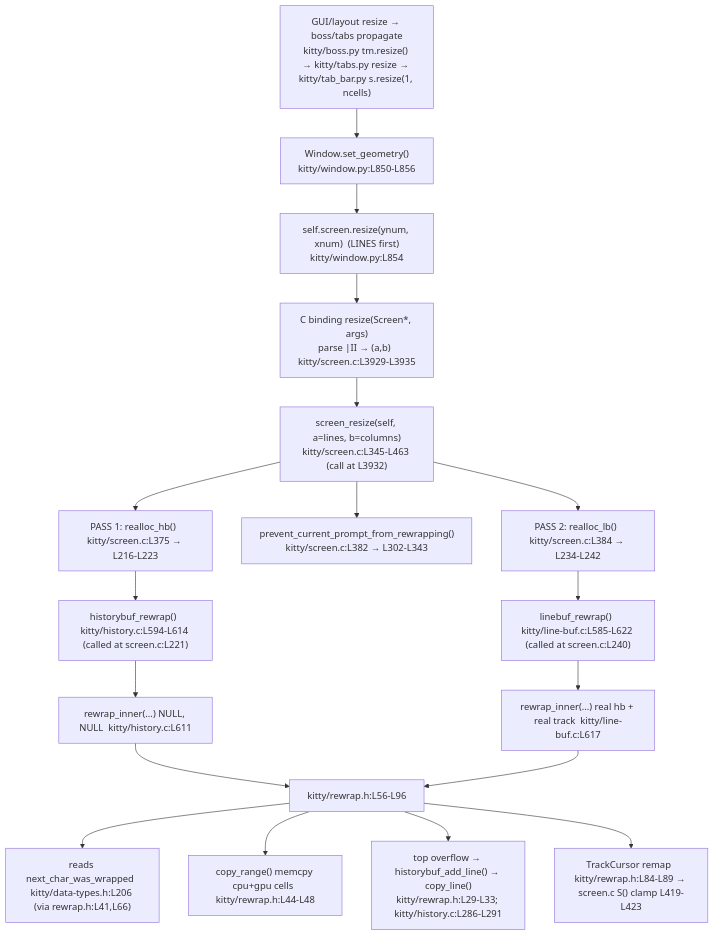
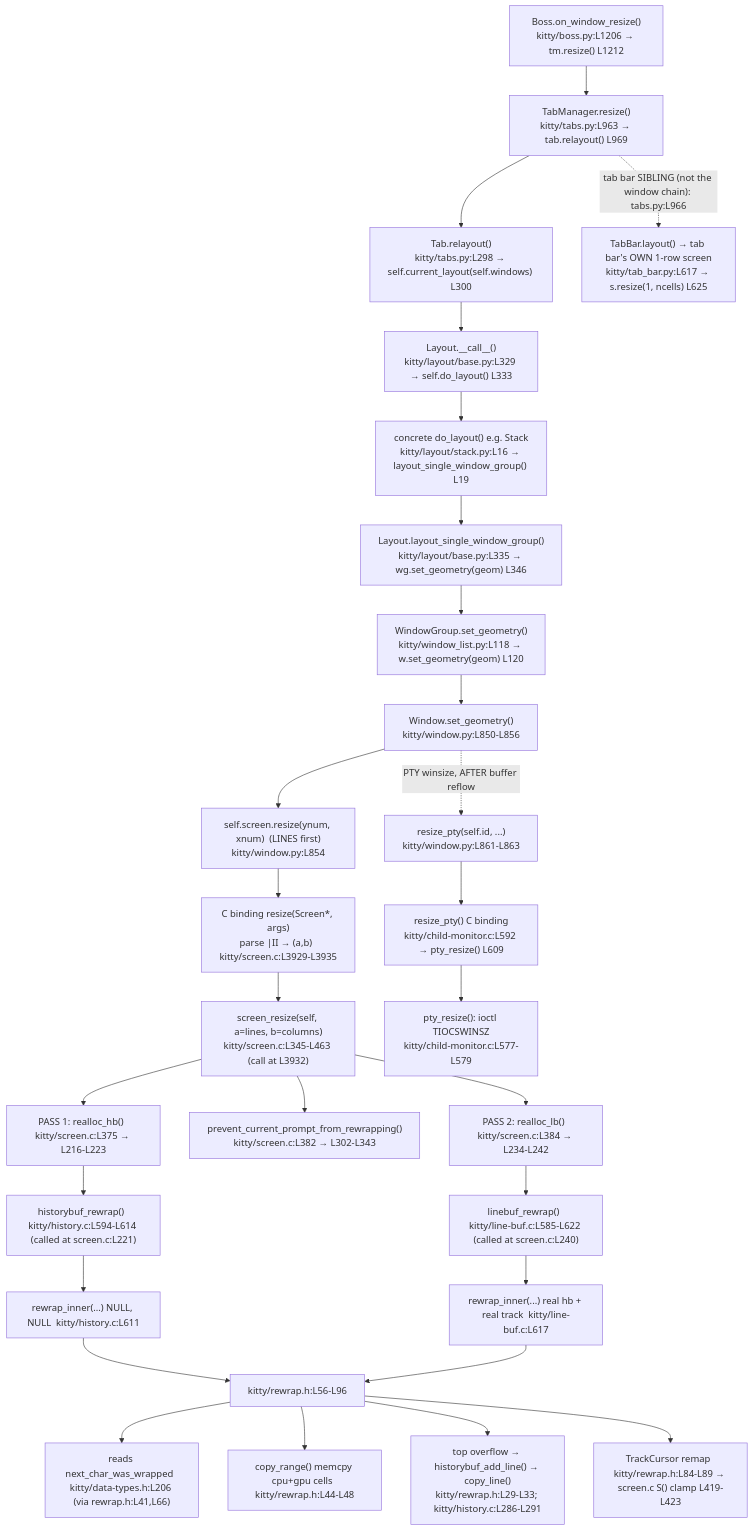
One commit to blitzy-research/kitty changed the diagram in blitzy/documentation/kitty_815df1e210e0.md. Above: the diagram before and after it, drawn with Mermaid. The commit also changed other lines of this file, not shown here.

First line of the commit message:
docs(reflow): address code-review findings in kitty rewrap investigation

````diff
--- a/blitzy/documentation/kitty_815df1e210e0.md
+++ b/blitzy/documentation/kitty_815df1e210e0.md
@@ -646,21 +1099,31 @@
 ```mermaid
 flowchart TD
-    A["GUI/layout resize → boss/tabs propagate<br/>kitty/boss.py tm.resize() → kitty/tabs.py resize → kitty/tab_bar.py s.resize(1, ncells)"]
-      --> B["Window.set_geometry()<br/>kitty/window.py:L850-L856"]
+    A0["Boss.on_window_resize()<br/>kitty/boss.py:L1206 → tm.resize() L1212"]
+      --> A1["TabManager.resize()<br/>kitty/tabs.py:L963 → tab.relayout() L969"]
+    A1 --> A2["Tab.relayout()<br/>kitty/tabs.py:L298 → self.current_layout(self.windows) L300"]
+    A2 --> A3["Layout.__call__()<br/>kitty/layout/base.py:L329 → self.do_layout() L333"]
+    A3 --> A4["concrete do_layout() e.g. Stack<br/>kitty/layout/stack.py:L16 → layout_single_window_group() L19"]
+    A4 --> A5["Layout.layout_single_window_group()<br/>kitty/layout/base.py:L335 → wg.set_geometry(geom) L346"]
+    A5 --> A6["WindowGroup.set_geometry()<br/>kitty/window_list.py:L118 → w.set_geometry(geom) L120"]
+    A6 --> B["Window.set_geometry()<br/>kitty/window.py:L850-L856"]
+    A1 -. "tab bar SIBLING (not the window chain): tabs.py:L966" .-> S0["TabBar.layout() → tab bar's OWN 1-row screen<br/>kitty/tab_bar.py:L617 → s.resize(1, ncells) L625"]
     B --> C["self.screen.resize(ynum, xnum)  (LINES first)<br/>kitty/window.py:L854"]
     C --> D["C binding resize(Screen*, args)<br/>parse |II → (a,b)  kitty/screen.c:L3929-L3935"]
     D --> E["screen_resize(self, a=lines, b=columns)<br/>kitty/screen.c:L345-L463 (call at L3932)"]
     E --> F["PASS 1: realloc_hb()  kitty/screen.c:L375 → L216-L223"]
     F --> G["historybuf_rewrap()  kitty/history.c:L594-L614 (called at screen.c:L221)"]
     E --> P["prevent_current_prompt_from_rewrapping()<br/>kitty/screen.c:L382 → L302-L343"]
     E --> H["PASS 2: realloc_lb()  kitty/screen.c:L384 → L234-L242"]
     H --> I["linebuf_rewrap()  kitty/line-buf.c:L585-L622 (called at screen.c:L240)"]
     G --> J["rewrap_inner(...) NULL, NULL  kitty/history.c:L611"]
     I --> K["rewrap_inner(...) real hb + real track  kitty/line-buf.c:L617"]
     J --> L["kitty/rewrap.h:L56-L96"]
     K --> L
     L --> M["reads next_char_was_wrapped  kitty/data-types.h:L206 (via rewrap.h:L41,L66)"]
     L --> N["copy_range() memcpy cpu+gpu cells  kitty/rewrap.h:L44-L48"]
     L --> O["top overflow → historybuf_add_line() → copy_line()<br/>kitty/rewrap.h:L29-L33; kitty/history.c:L286-L291"]
     L --> Q["TrackCursor remap  kitty/rewrap.h:L84-L89 → screen.c S() clamp L419-L423"]
+    B -. "PTY winsize, AFTER buffer reflow" .-> T1["resize_pty(self.id, ...)<br/>kitty/window.py:L861-L863"]
+    T1 --> T2["resize_pty() C binding<br/>kitty/child-monitor.c:L592 → pty_resize() L609"]
+    T2 --> T3["pty_resize(): ioctl TIOCSWINSZ<br/>kitty/child-monitor.c:L577-L579"]
 ```
````
